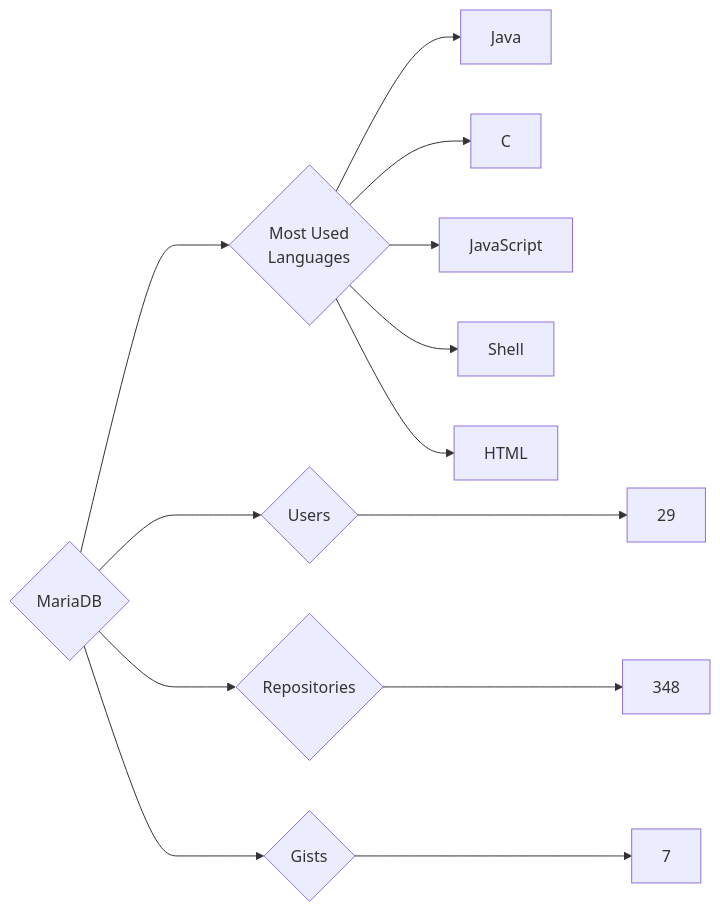
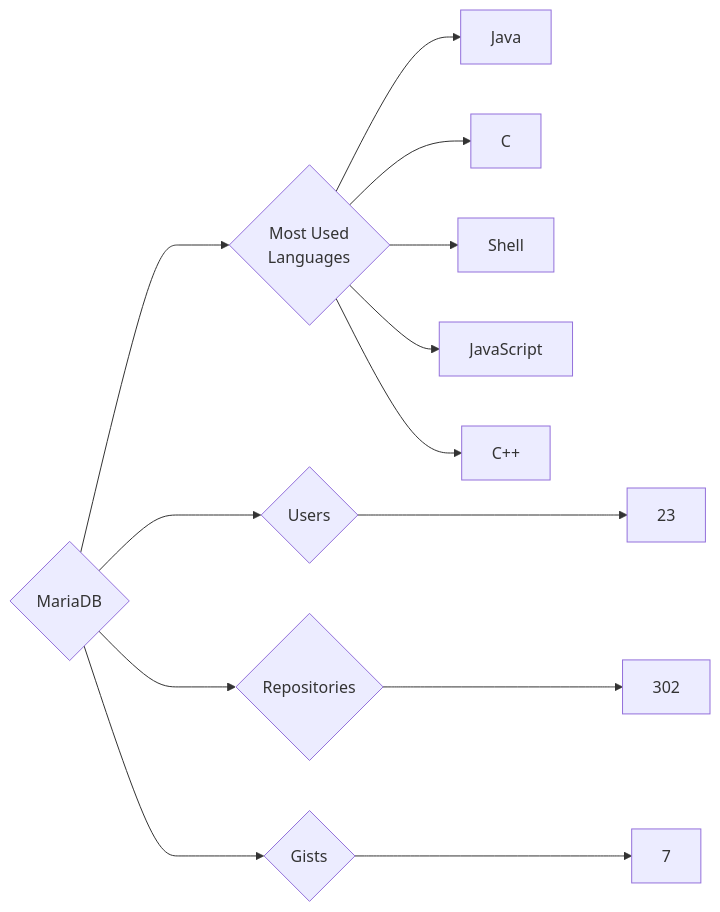
Before and after one commit to trickest/insiders: the diagram in targets/MariaDB/README.md, drawn with Mermaid. The commit also changed 845 other files, not shown here.

````diff
--- a/targets/MariaDB/README.md
+++ b/targets/MariaDB/README.md
@@ -3,13 +3,13 @@
 ```mermaid
 graph LR
 COMPANY_NAME{MariaDB}
-COMPANY_NAME ---> U{Users} ---> UN[29]
-COMPANY_NAME ---> R{Repositories} ---> RN[348]
+COMPANY_NAME ---> U{Users} ---> UN[23]
+COMPANY_NAME ---> R{Repositories} ---> RN[302]
 COMPANY_NAME ---> G{Gists} ---> GN[7]
 COMPANY_NAME ---> ML{Most Used<br>Languages}
 ML --> Java[Java]
 ML --> C[C]
+ML --> Shell[Shell]
 ML --> JavaScript[JavaScript]
-ML --> Shell[Shell]
-ML --> HTML[HTML]
+ML --> C++[C++]
 ```
````
